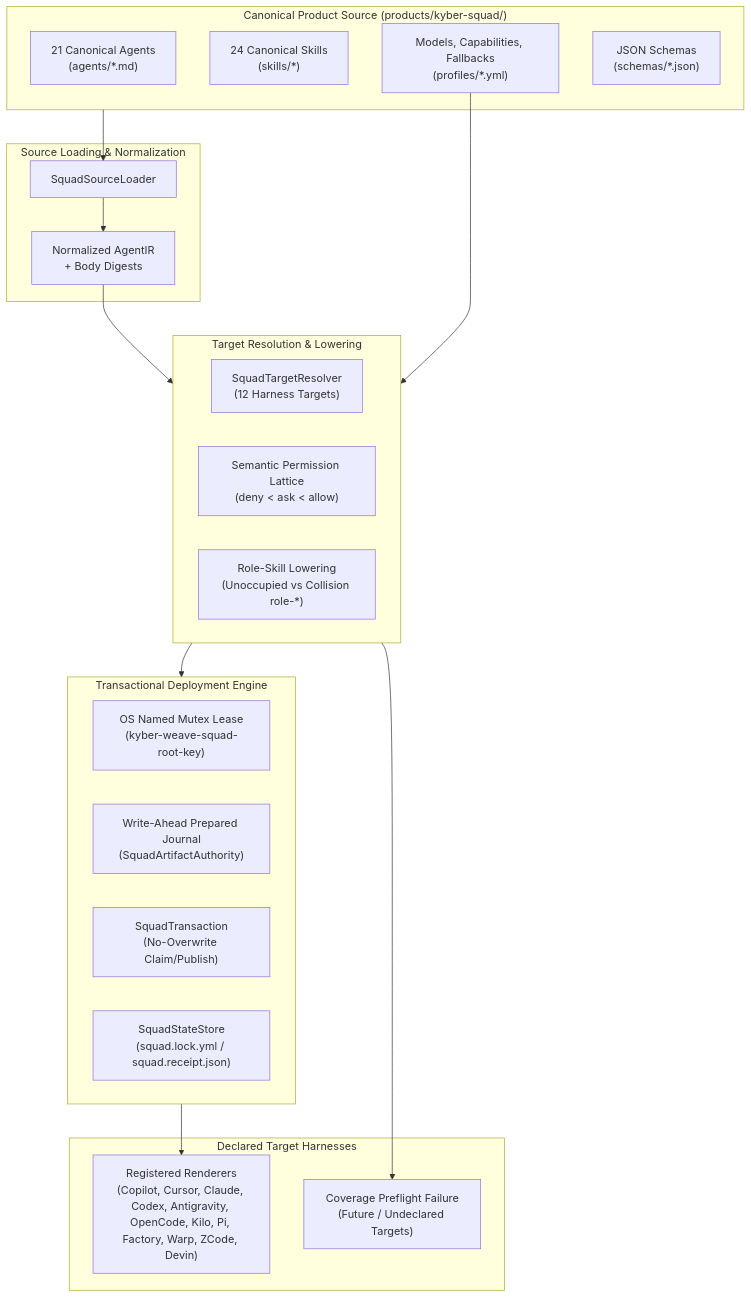
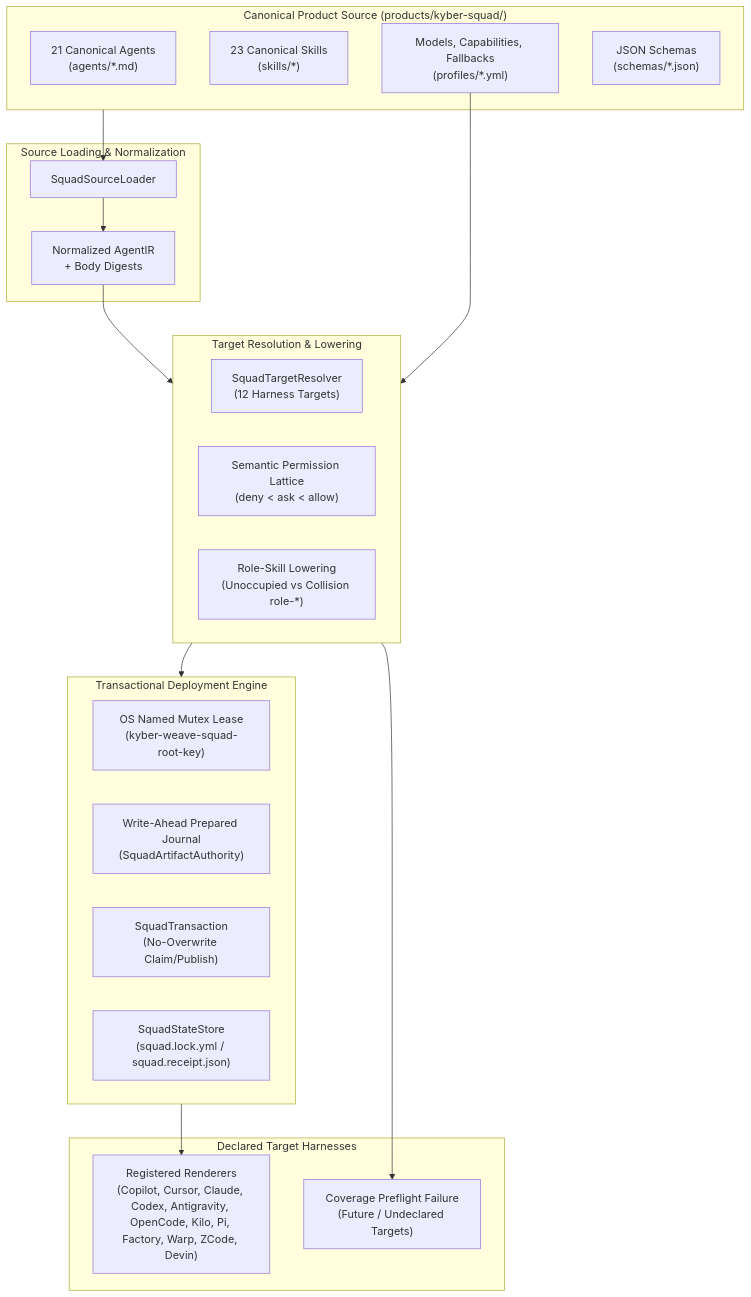
One commit to dpalfery/kyber-weave changed the first of 4 diagrams in docs/kyber-squad/architecture.md. Above: the diagram before and after it, drawn with Mermaid. The commit also changed other lines of this file and 56 other files, not shown here.

````diff
--- a/docs/kyber-squad/architecture.md
+++ b/docs/kyber-squad/architecture.md
@@ -52,40 +52,40 @@
 ```mermaid
 flowchart TD
     subgraph CanonicalSource["Canonical Product Source (products/kyber-squad/)"]
         Agents["21 Canonical Agents\n(agents/*.md)"]
-        Skills["24 Canonical Skills\n(skills/*)"]
+        Skills["23 Canonical Skills\n(skills/*)"]
         Profiles["Models, Capabilities, Fallbacks\n(profiles/*.yml)"]
         Schemas["JSON Schemas\n(schemas/*.json)"]
     end
 
     subgraph Loader["Source Loading & Normalization"]
         SquadSourceLoader["SquadSourceLoader"]
         AgentIR["Normalized AgentIR\n+ Body Digests"]
     end
 
     subgraph Compiler["Target Resolution & Lowering"]
         SquadTargetResolver["SquadTargetResolver\n(12 Harness Targets)"]
         Lattice["Semantic Permission Lattice\n(deny < ask < allow)"]
         Lowering["Role-Skill Lowering\n(Unoccupied vs Collision role-*)"]
     end
 
     subgraph DeploymentEngine["Transactional Deployment Engine"]
         Mutex["OS Named Mutex Lease\n(kyber-weave-squad-root-key)"]
         Journal["Write-Ahead Prepared Journal\n(SquadArtifactAuthority)"]
         Transaction["SquadTransaction\n(No-Overwrite Claim/Publish)"]
         StateStore["SquadStateStore\n(squad.lock.yml / squad.receipt.json)"]
     end
 
     subgraph TargetHarnesses["Declared Target Harnesses"]
         RegisteredTargets["Registered Renderers\n(Copilot, Cursor, Claude, Codex, Antigravity, OpenCode, Kilo, Pi, Factory, Warp, ZCode, Devin)"]
         UnsupportedTargets["Coverage Preflight Failure\n(Future / Undeclared Targets)"]
     end
 
     CanonicalSource --> SquadSourceLoader
     SquadSourceLoader --> AgentIR
     AgentIR --> Compiler
     Profiles --> Compiler
     Compiler --> DeploymentEngine
     DeploymentEngine --> RegisteredTargets
     Compiler --> UnsupportedTargets
 ```
````
